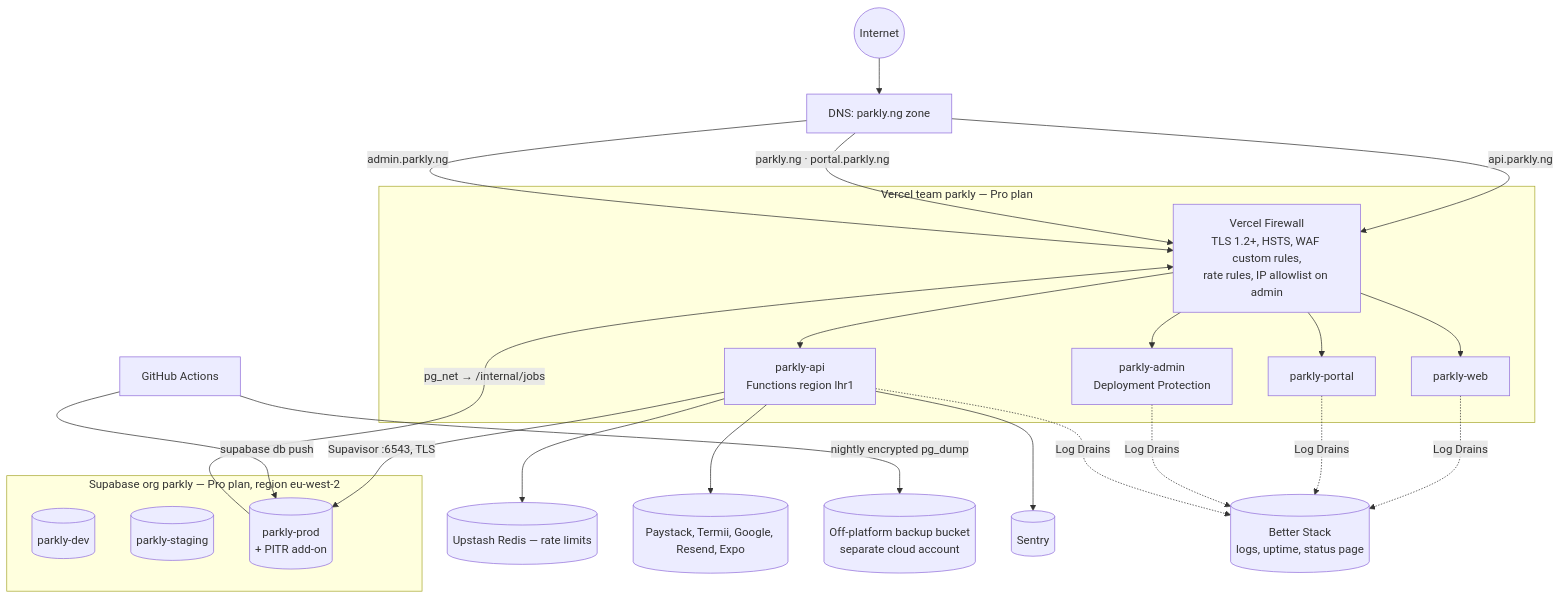
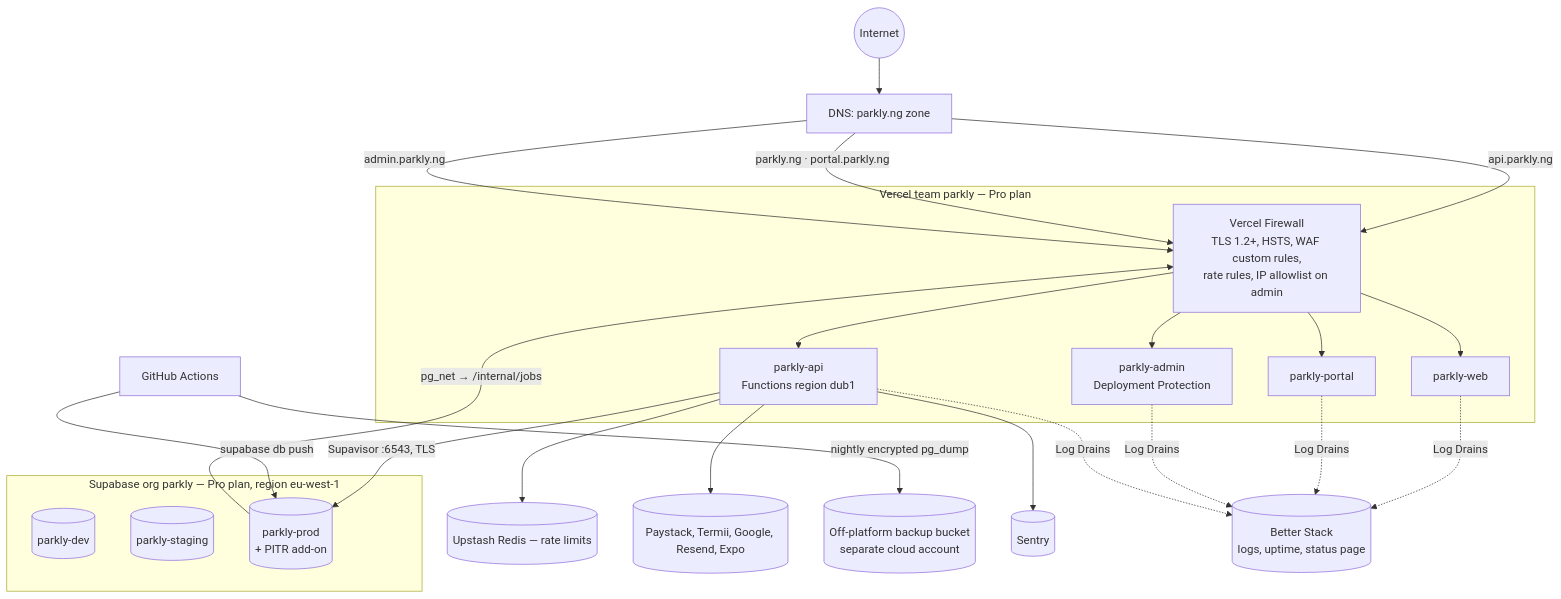
Before and after one commit to zanaspace/parkly: diagram 11 of 11 in parkly-app/docs/01 - System Architecture and System Designs.md, drawn with Mermaid. The commit also changed other lines of this file and 21 other files, not shown here.

````diff
--- a/parkly-app/docs/01 - System Architecture and System Designs.md
+++ b/parkly-app/docs/01 - System Architecture and System Designs.md
@@ -482,28 +482,28 @@
 ```mermaid
 flowchart TB
   user((Internet)) --> dns[DNS: parkly.ng zone]
   dns -->|api.parkly.ng| fw
   dns -->|parkly.ng · portal.parkly.ng| fw
   dns -->|admin.parkly.ng| fw
   subgraph Vercel[Vercel team parkly — Pro plan]
     fw[Vercel Firewall<br/>TLS 1.2+, HSTS, WAF custom rules,<br/>rate rules, IP allowlist on admin]
-    papi[parkly-api<br/>Functions region lhr1]
+    papi[parkly-api<br/>Functions region dub1]
     pweb[parkly-web]
     pportal[parkly-portal]
     padmin[parkly-admin<br/>Deployment Protection]
   end
-  subgraph SB[Supabase org parkly — Pro plan, region eu-west-2]
+  subgraph SB[Supabase org parkly — Pro plan, region eu-west-1]
     dev[(parkly-dev)]
     stg[(parkly-staging)]
     prd[(parkly-prod<br/>+ PITR add-on)]
   end
   fw --> papi & pweb & pportal & padmin
   papi -->|Supavisor :6543, TLS| prd
   papi --> ups[(Upstash Redis — rate limits)]
   papi --> ext[(Paystack, Termii, Google, Resend, Expo)]
   prd -->|pg_net → /internal/jobs| fw
   gha[GitHub Actions] -->|supabase db push| prd
   gha -->|nightly encrypted pg_dump| off[(Off-platform backup bucket<br/>separate cloud account)]
   papi --> sentry[(Sentry)]
   pweb & pportal & padmin & papi -.->|Log Drains| bs[(Better Stack<br/>logs, uptime, status page)]
 ```
````
